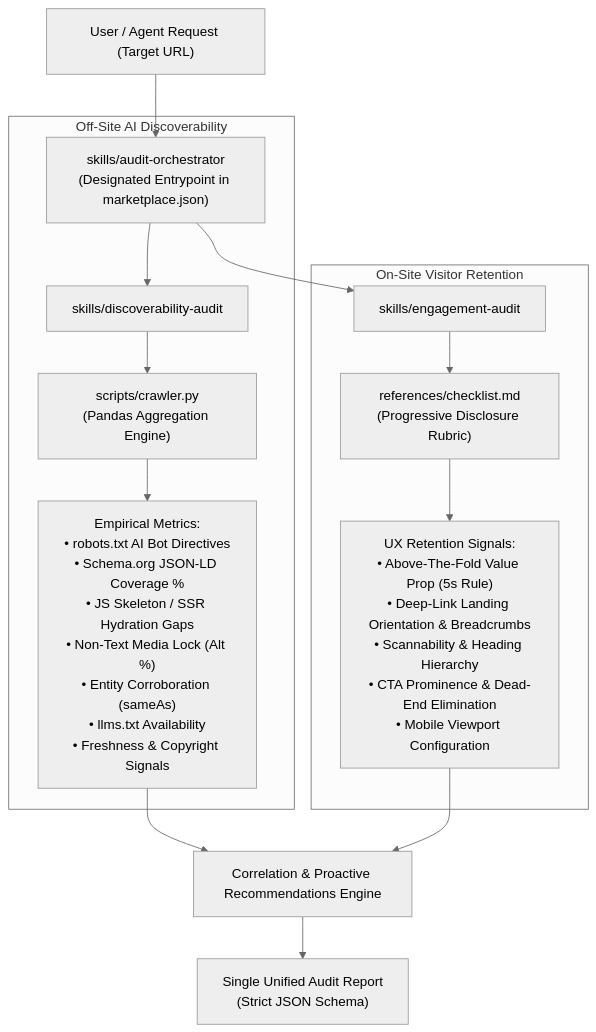
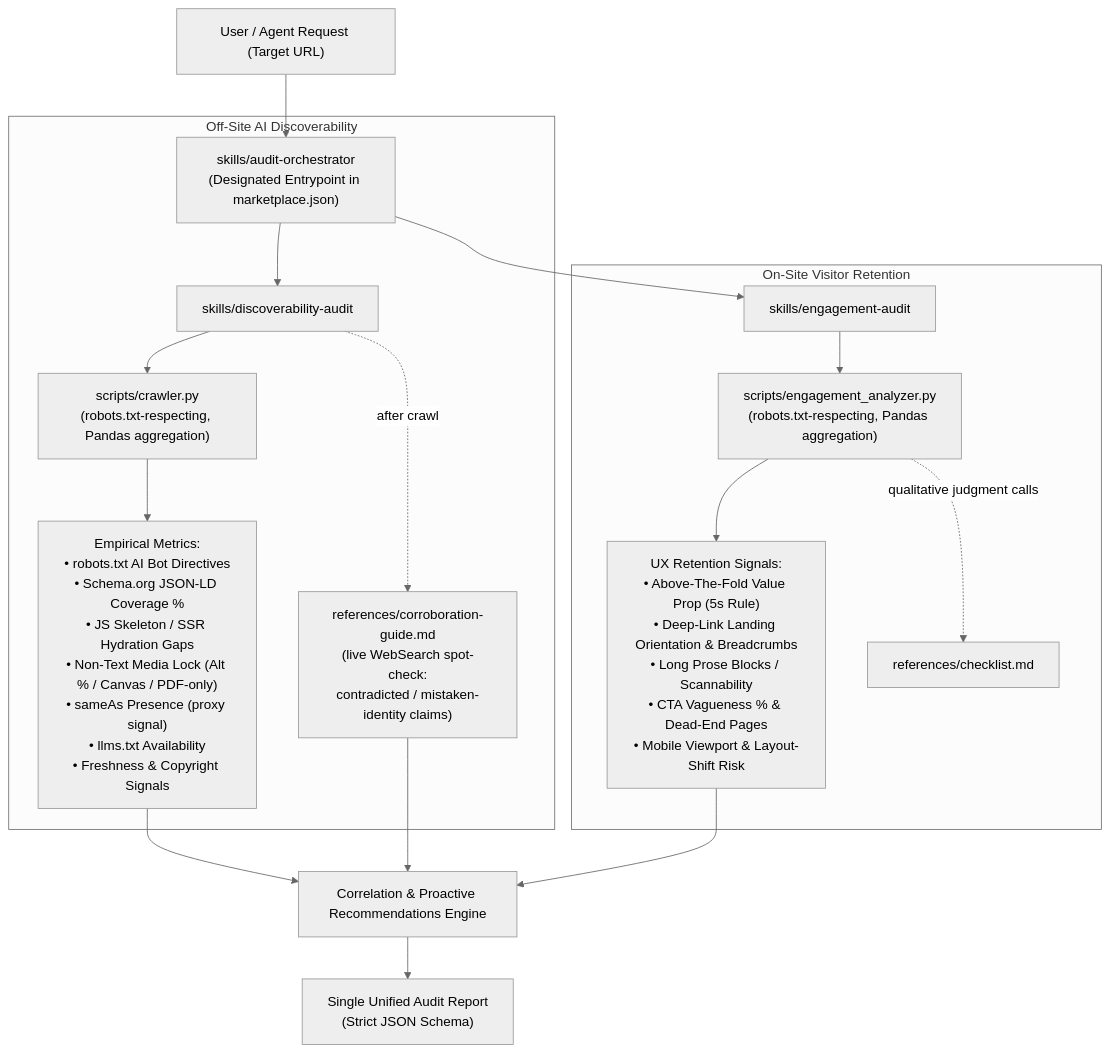
Before and after one commit to upamkmr/Nexus_adobe: the diagram in nexus-coders-brand-audit/README.md, drawn with Mermaid (neutral theme). The commit also changed other lines of this file and 10 other files, not shown here.

Commit message:
Round 3: robots.txt self-compliance, deterministic engagement-audit script, canvas/PDF detection, live corroboration spot-check

````diff
--- a/nexus-coders-brand-audit/README.md
+++ b/nexus-coders-brand-audit/README.md
@@ -44,20 +50,23 @@
 ```mermaid
 flowchart TD
     User["User / Agent Request (Target URL)"] --> Entrypoint["skills/audit-orchestrator\n(Designated Entrypoint in marketplace.json)"]
     
     subgraph Discoverability ["Off-Site AI Discoverability"]
         Entrypoint --> DiscSkill["skills/discoverability-audit"]
-        DiscSkill --> Crawler["scripts/crawler.py\n(Pandas Aggregation Engine)"]
-        Crawler --> DiscFindings["Empirical Metrics:\n• robots.txt AI Bot Directives\n• Schema.org JSON-LD Coverage %\n• JS Skeleton / SSR Hydration Gaps\n• Non-Text Media Lock (Alt %)\n• Entity Corroboration (sameAs)\n• llms.txt Availability\n• Freshness & Copyright Signals"]
+        DiscSkill --> Crawler["scripts/crawler.py\n(robots.txt-respecting, Pandas aggregation)"]
+        Crawler --> DiscFindings["Empirical Metrics:\n• robots.txt AI Bot Directives\n• Schema.org JSON-LD Coverage %\n• JS Skeleton / SSR Hydration Gaps\n• Non-Text Media Lock (Alt % / Canvas / PDF-only)\n• sameAs Presence (proxy signal)\n• llms.txt Availability\n• Freshness & Copyright Signals"]
+        DiscSkill -.after crawl.-> Corrob["references/corroboration-guide.md\n(live WebSearch spot-check:\ncontradicted / mistaken-identity claims)"]
     end
 
     subgraph Engagement ["On-Site Visitor Retention"]
         Entrypoint --> EngSkill["skills/engagement-audit"]
-        EngSkill --> CheckRef["references/checklist.md\n(Progressive Disclosure Rubric)"]
-        CheckRef --> EngFindings["UX Retention Signals:\n• Above-The-Fold Value Prop (5s Rule)\n• Deep-Link Landing Orientation & Breadcrumbs\n• Scannability & Heading Hierarchy\n• CTA Prominence & Dead-End Elimination\n• Mobile Viewport Configuration"]
+        EngSkill --> EngScript["scripts/engagement_analyzer.py\n(robots.txt-respecting, Pandas aggregation)"]
+        EngScript --> EngFindings["UX Retention Signals:\n• Above-The-Fold Value Prop (5s Rule)\n• Deep-Link Landing Orientation & Breadcrumbs\n• Long Prose Blocks / Scannability\n• CTA Vagueness % & Dead-End Pages\n• Mobile Viewport & Layout-Shift Risk"]
+        EngScript -.qualitative judgment calls.-> CheckRef["references/checklist.md"]
     end
 
     DiscFindings --> Synthesizer["Correlation & Proactive Recommendations Engine"]
+    Corrob --> Synthesizer
     EngFindings --> Synthesizer
     Synthesizer --> FinalReport["Single Unified Audit Report\n(Strict JSON Schema)"]
 ```
````
